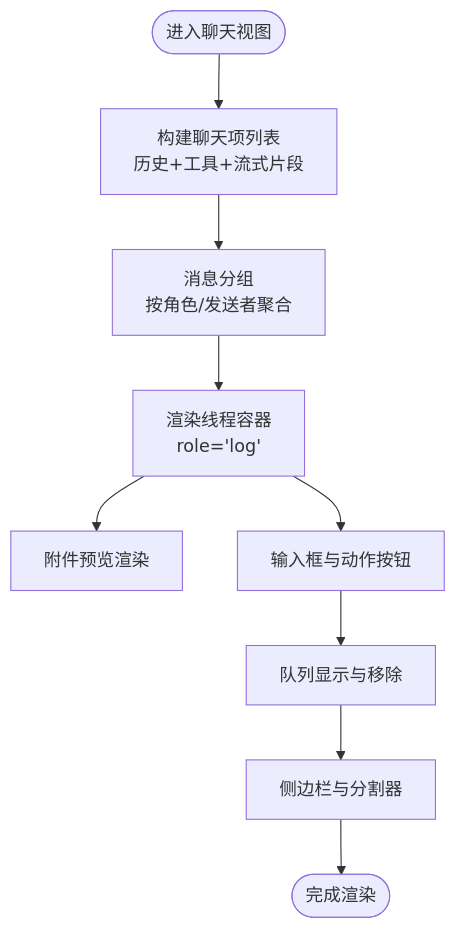
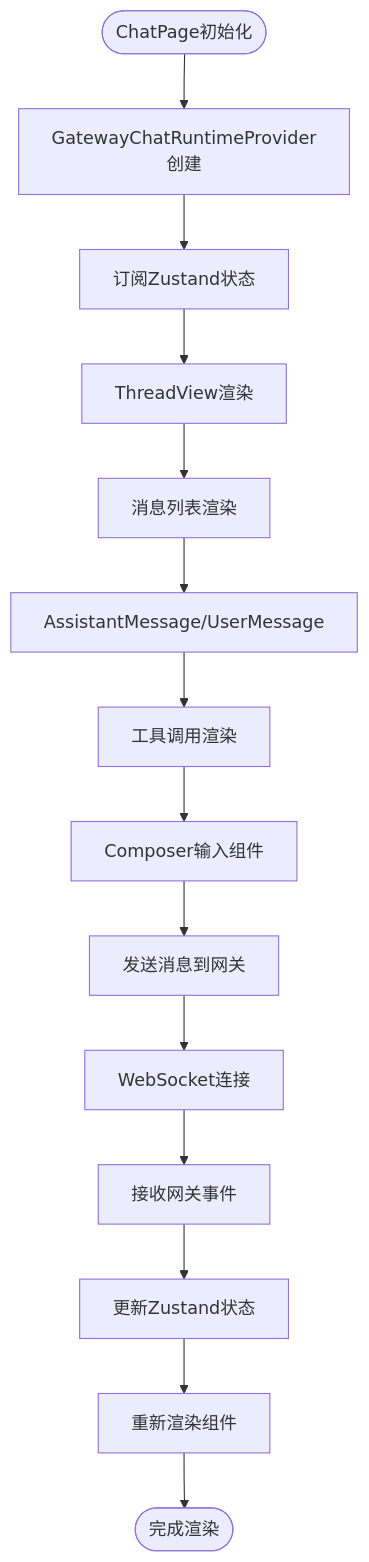
One commit to verse-ai-org/openclaw changed the third of 9 diagrams in .qoder/repowiki/zh/content/Web界面/WebChat界面.md. Above: the diagram before and after it, drawn with Mermaid. The commit also changed other lines of this file and 19 other files, not shown here.

````diff
--- a/.qoder/repowiki/zh/content/Web界面/WebChat界面.md
+++ b/.qoder/repowiki/zh/content/Web界面/WebChat界面.md
@@ -168,11 +216,16 @@
 ```mermaid
 flowchart TD
-Start(["进入聊天视图"]) --> BuildItems["构建聊天项列表<br/>历史+工具+流式片段"]
-BuildItems --> Group["消息分组<br/>按角色/发送者聚合"]
-Group --> RenderThread["渲染线程容器<br/>role='log'"]
-RenderThread --> Attachments["附件预览渲染"]
-RenderThread --> Compose["输入框与动作按钮"]
-Compose --> Queue["队列显示与移除"]
-Queue --> Sidebar["侧边栏与分割器"]
-Sidebar --> End(["完成渲染"])
+Start(["ChatPage初始化"]) --> Runtime["GatewayChatRuntimeProvider创建"]
+Runtime --> Subscribe["订阅Zustand状态"]
+Subscribe --> Thread["ThreadView渲染"]
+Thread --> Messages["消息列表渲染"]
+Messages --> Components["AssistantMessage/UserMessage"]
+Components --> ToolFallback["工具调用渲染"]
+ToolFallback --> Composer["Composer输入组件"]
+Composer --> Send["发送消息到网关"]
+Send --> Gateway["WebSocket连接"]
+Gateway --> Receive["接收网关事件"]
+Receive --> Update["更新Zustand状态"]
+Update --> ReRender["重新渲染组件"]
+ReRender --> End(["完成渲染"])
 ```
````
